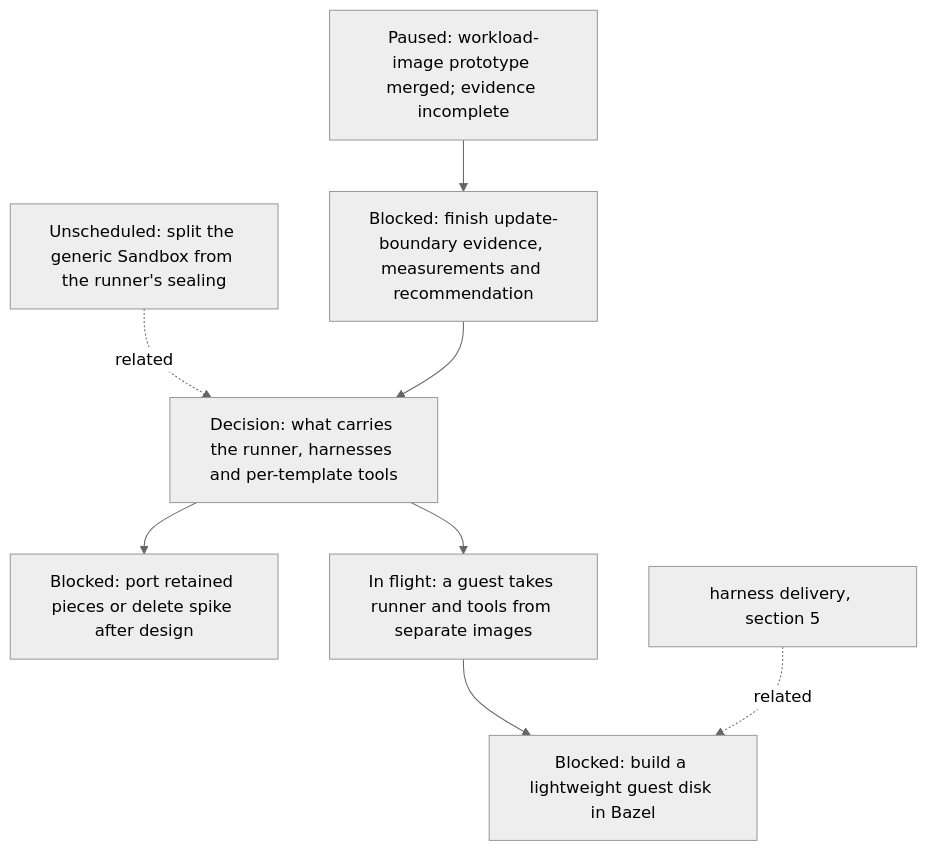
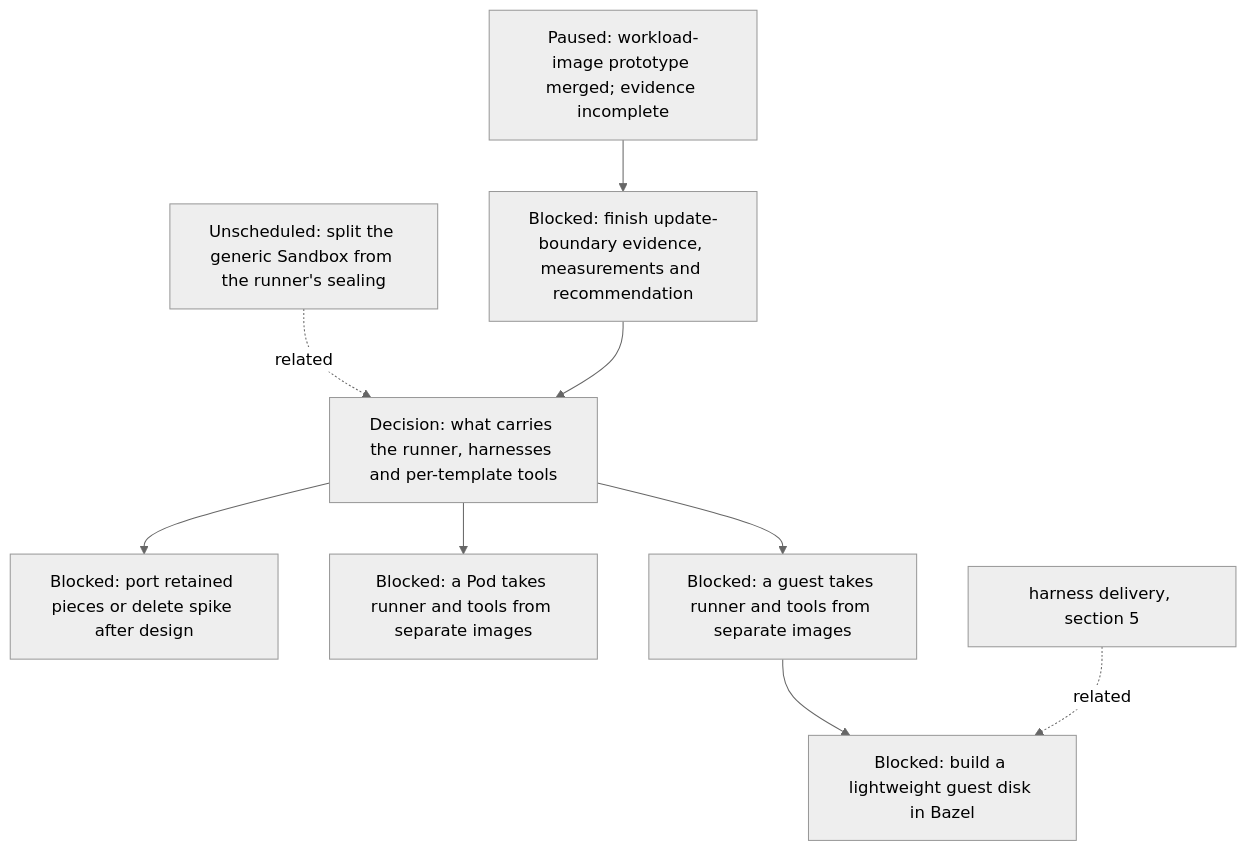
One commit to agentydragon/ducktape changed diagram 11 of 16 in agentplane/plans/task_dag.md. Above: the diagram before and after it, drawn with Mermaid (neutral theme). The commit also changed other lines of this file, not shown here.

````diff
--- a/agentplane/plans/task_dag.md
+++ b/agentplane/plans/task_dag.md
@@ -1267,15 +1269,16 @@
 ```mermaid
 flowchart TD
     SANDBOX_GENERIC_SPLIT[Unscheduled: split the generic Sandbox from the runner's sealing]
     RUNNER_IMAGE_LAYERING_DESIGN[Decision: what carries the runner, harnesses and per-template tools]
     RUNNER_LAYERING_SPIKE[Paused: workload-image prototype merged; evidence incomplete]
     RUNNER_LAYERING_SPIKE_EXIT[Blocked: finish update-boundary evidence, measurements and recommendation]
     RUNNER_LAYERING_SPIKE_RETIRE[Blocked: port retained pieces or delete spike after design]
     SANDBOX_GENERIC_SPLIT -. related .-> RUNNER_IMAGE_LAYERING_DESIGN
     RUNNER_LAYERING_SPIKE --> RUNNER_LAYERING_SPIKE_EXIT
     RUNNER_LAYERING_SPIKE_EXIT --> RUNNER_IMAGE_LAYERING_DESIGN
     RUNNER_IMAGE_LAYERING_DESIGN --> RUNNER_LAYERING_SPIKE_RETIRE
-    RUNNER_IMAGE_LAYERING_DESIGN --> RUNNER_LAYERING_VM[In flight: a guest takes runner and tools from separate images]
+    RUNNER_IMAGE_LAYERING_DESIGN --> RUNNER_LAYERING_POD[Blocked: a Pod takes runner and tools from separate images]
+    RUNNER_IMAGE_LAYERING_DESIGN --> RUNNER_LAYERING_VM[Blocked: a guest takes runner and tools from separate images]
     RUNNER_LAYERING_VM --> K3S_VM_IMAGE[Blocked: build a lightweight guest disk in Bazel]
     RUNNER_HARNESS_DELIVERY_DESIGN[harness delivery, section 5] -. related .-> K3S_VM_IMAGE
 ```
````
